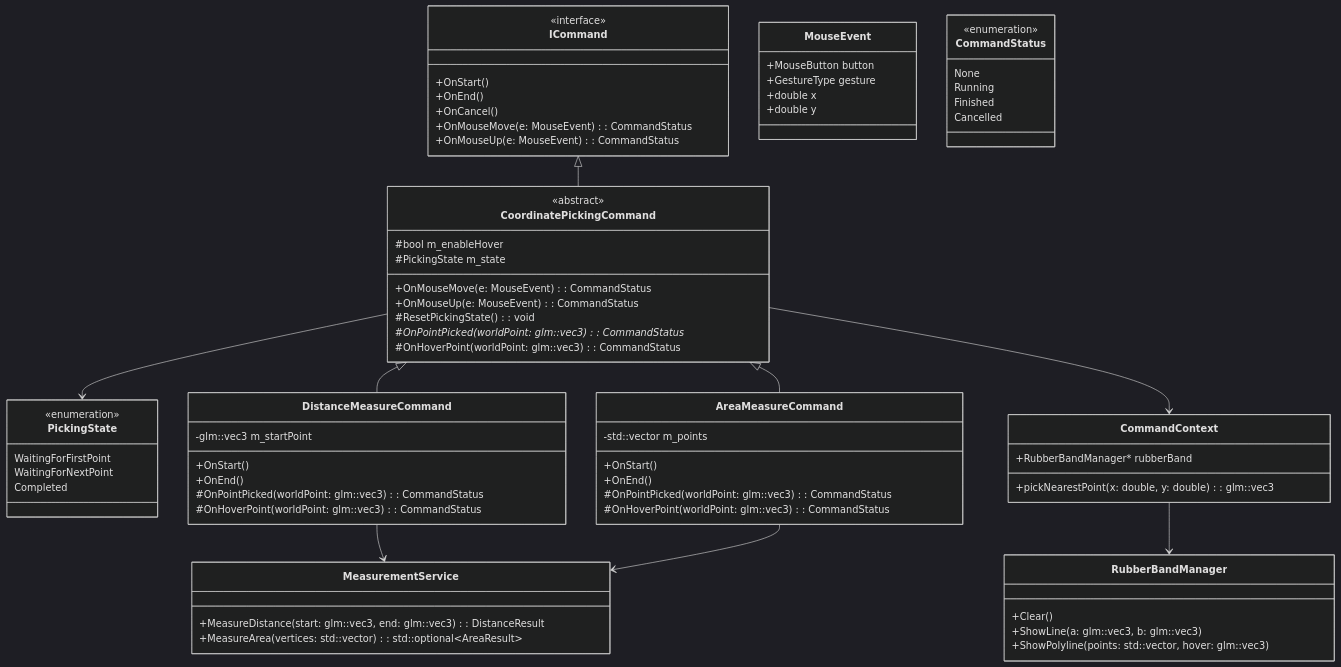
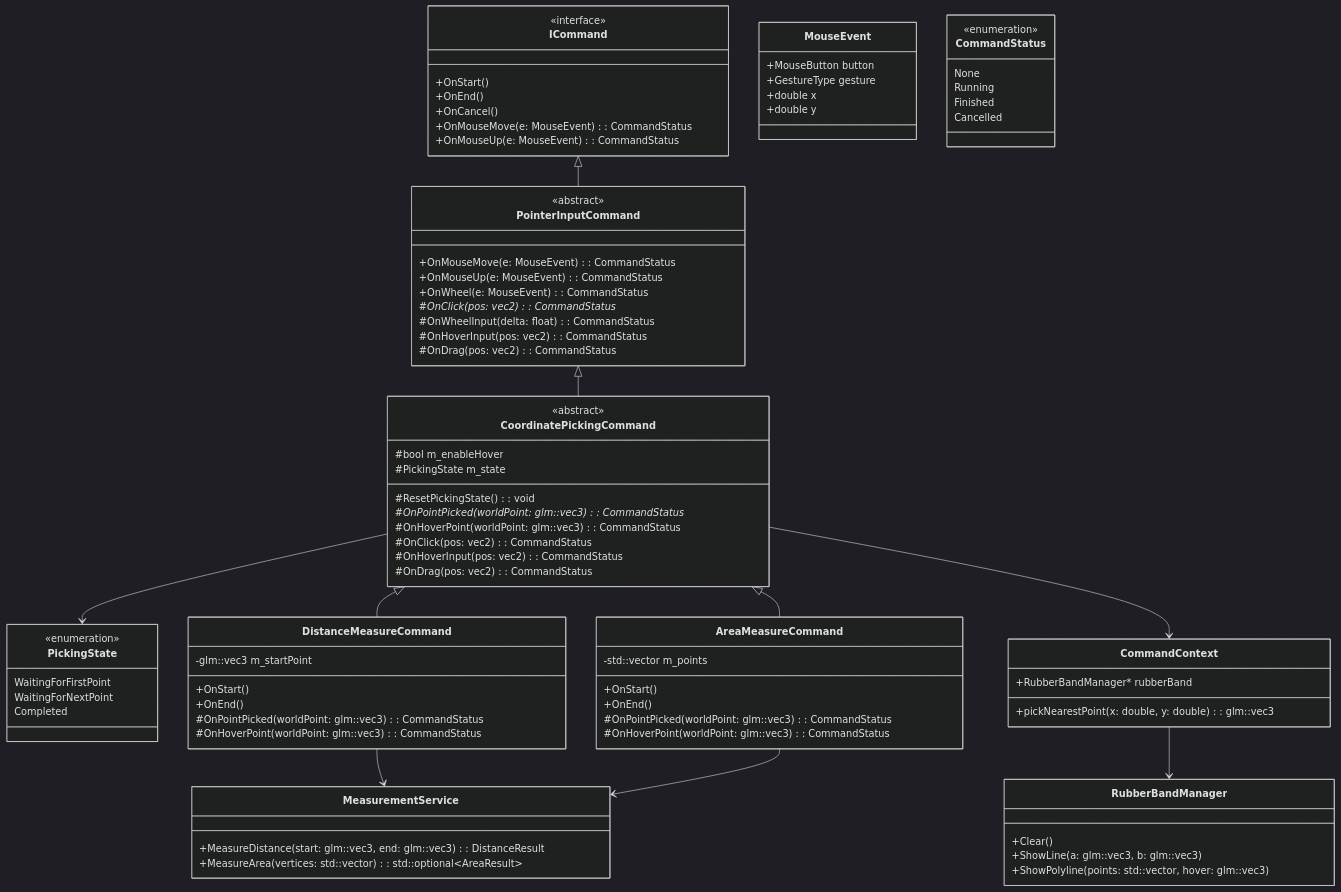
The diagram in MeasurementAPI2.md (vfa-khaidt1/vfa-cdn), drawn with Mermaid (dark theme) before and after one commit. The commit also changed other lines of this file, not shown here.

```diff
--- a/MeasurementAPI2.md
+++ b/MeasurementAPI2.md
@@ -9,15 +9,27 @@
         +OnMouseUp(e: MouseEvent): CommandStatus
     }
 
+     class PointerInputCommand {
+        <<abstract>>
+        +OnMouseMove(e: MouseEvent): CommandStatus
+        +OnMouseUp(e: MouseEvent): CommandStatus
+        +OnWheel(e: MouseEvent): CommandStatus
+        #OnClick(pos: vec2): CommandStatus*
+        #OnWheelInput(delta: float): CommandStatus
+        #OnHoverInput(pos: vec2): CommandStatus
+        #OnDrag(pos: vec2): CommandStatus
+    }
+
     class CoordinatePickingCommand {
         <<abstract>>
         #bool m_enableHover
         #PickingState m_state
-        +OnMouseMove(e: MouseEvent): CommandStatus
-        +OnMouseUp(e: MouseEvent): CommandStatus
         #ResetPickingState(): void
         #OnPointPicked(worldPoint: glm::vec3): CommandStatus*
         #OnHoverPoint(worldPoint: glm::vec3): CommandStatus
+        #OnClick(pos: vec2): CommandStatus
+        #OnHoverInput(pos: vec2): CommandStatus
+        #OnDrag(pos: vec2): CommandStatus
     }
 
     class PickingState {
@@ -74,7 +86,8 @@
         Cancelled
     }
 
-    ICommand <|-- CoordinatePickingCommand
+    ICommand <|-- PointerInputCommand
+    PointerInputCommand <|-- CoordinatePickingCommand
     CoordinatePickingCommand <|-- DistanceMeasureCommand
     CoordinatePickingCommand <|-- AreaMeasureCommand
 
```
